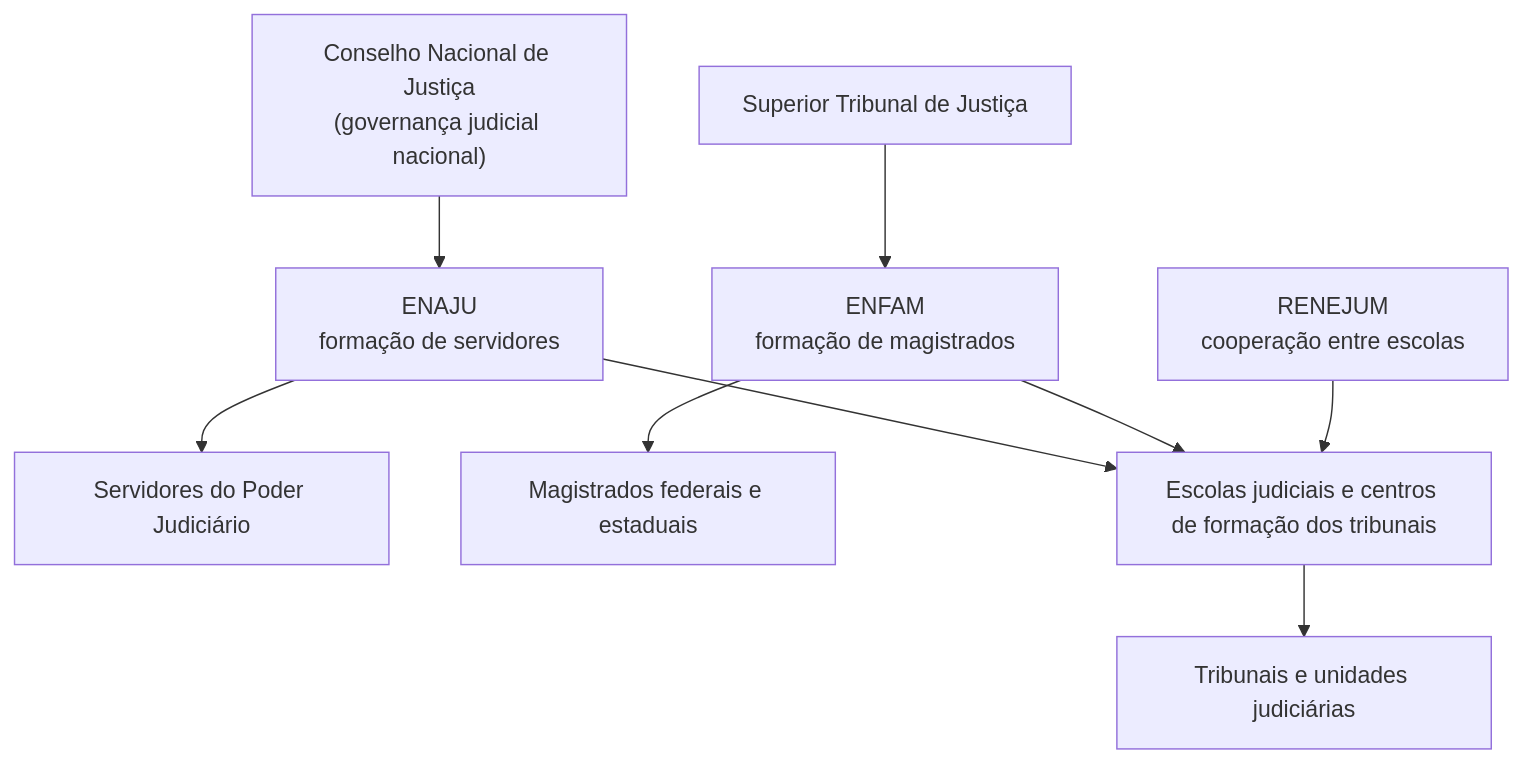
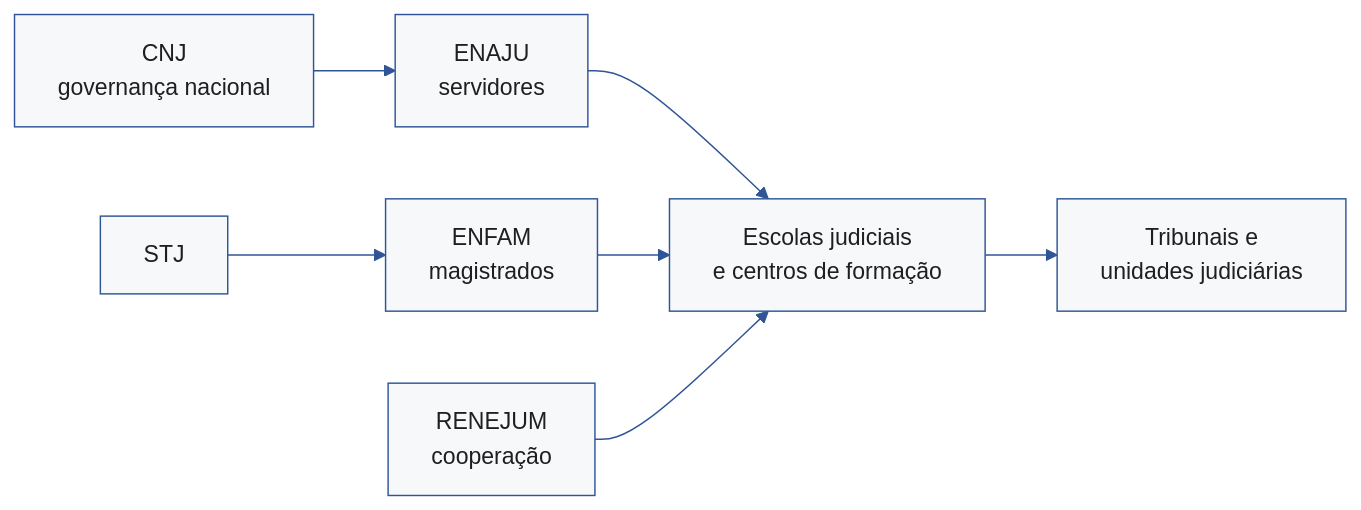
One commit to cnj-proj-icm/enaju-estrategia changed the second of 2 diagrams in Fontes/Artigo ENAJUS 2026/artigo_completo_enajus_apa.qmd. Above: the diagram before and after it, drawn with Mermaid. The commit also changed other lines of this file and 4 other files, not shown here.

````diff
--- a/Fontes/Artigo ENAJUS 2026/artigo_completo_enajus_apa.qmd
+++ b/Fontes/Artigo ENAJUS 2026/artigo_completo_enajus_apa.qmd
@@ -179,13 +175,20 @@
 ```{mermaid}
 %%| label: fig-arquitetura-dual
 %%| fig-cap: "Arquitetura institucional do sistema nacional de educação corporativa judicial"
-flowchart TB
-  CNJ["Conselho Nacional de Justiça<br/>(governança judicial nacional)"] --> ENAJU["ENAJU<br/>formação de servidores"]
-  STJ["Superior Tribunal de Justiça"] --> ENFAM["ENFAM<br/>formação de magistrados"]
-  ENAJU --> SERV["Servidores do Poder Judiciário"]
-  ENFAM --> MAG["Magistrados federais e estaduais"]
-  ENAJU --> ESCOLAS["Escolas judiciais e centros de formação dos tribunais"]
+%%| fig-width: 6.8
+%%{init: {"theme": "base", "themeVariables": {"fontFamily": "Arial", "primaryColor": "#F7F8FA", "primaryBorderColor": "#2F5597", "primaryTextColor": "#1F1F1F", "lineColor": "#2F5597"}} }%%
+flowchart LR
+  CNJ["CNJ<br/>governança nacional"]
+  STJ["STJ"]
+  ENAJU["ENAJU<br/>servidores"]
+  ENFAM["ENFAM<br/>magistrados"]
+  RENEJUM["RENEJUM<br/>cooperação"]
+  ESCOLAS["Escolas judiciais<br/>e centros de formação"]
+  TRIB["Tribunais e<br/>unidades judiciárias"]
+  CNJ --> ENAJU
+  STJ --> ENFAM
+  ENAJU --> ESCOLAS
   ENFAM --> ESCOLAS
-  RENEJUM["RENEJUM<br/>cooperação entre escolas"] --> ESCOLAS
-  ESCOLAS --> TRIB["Tribunais e unidades judiciárias"]
+  RENEJUM --> ESCOLAS
+  ESCOLAS --> TRIB
 ```
````
